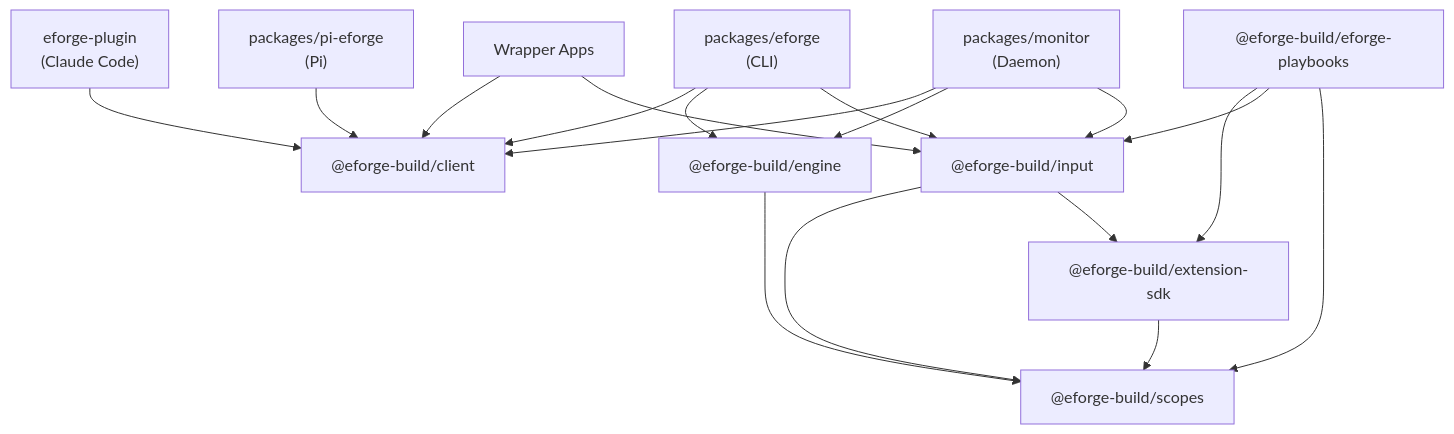
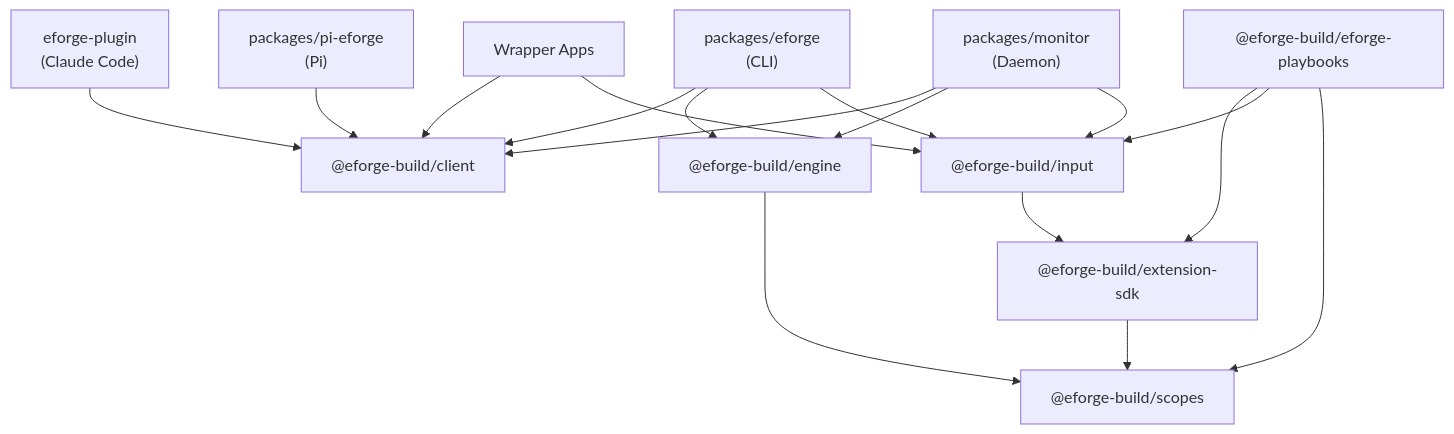
One commit to eforge-build/eforge changed the second of 4 diagrams in docs/architecture.md. Above: the diagram before and after it, drawn with Mermaid. The commit also changed other lines of this file and 35 other files, not shown here.

````diff
--- a/docs/architecture.md
+++ b/docs/architecture.md
@@ -79,32 +78,31 @@
 ```mermaid
 flowchart TD
     wrappers["Wrapper Apps"]
     plugin["eforge-plugin\n(Claude Code)"]
     pi["packages/pi-eforge\n(Pi)"]
     cli["packages/eforge\n(CLI)"]
     monitor["packages/monitor\n(Daemon)"]
     client["@eforge-build/client"]
     input["@eforge-build/input"]
     engine["@eforge-build/engine"]
     scopes["@eforge-build/scopes"]
     extensionSdk["@eforge-build/extension-sdk"]
     playbooksExt["@eforge-build/eforge-playbooks"]
 
     wrappers --> client
     wrappers --> input
     plugin --> client
     pi --> client
     cli --> client
     cli --> engine
     cli --> input
     monitor --> client
     monitor --> engine
     monitor --> input
     engine --> scopes
-    input --> scopes
     input --> extensionSdk
     extensionSdk --> scopes
     playbooksExt --> extensionSdk
     playbooksExt --> input
     playbooksExt --> scopes
 ```
````
